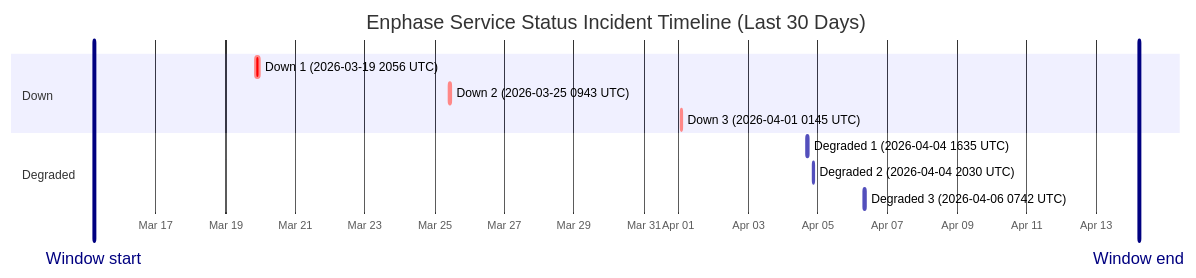
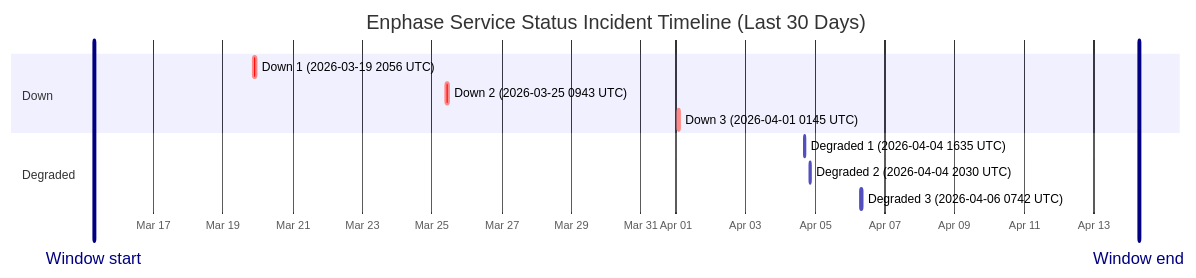
Before and after one commit to barneyonline/ha-enphase-ev-charger: the diagram in wiki/Service-Status-History.md, drawn with Mermaid. The commit also changed other lines of this file and 3 other files, not shown here.

````diff
--- a/wiki/Service-Status-History.md
+++ b/wiki/Service-Status-History.md
@@ -14,16 +14,16 @@
 ```mermaid
 gantt
     title Enphase Service Status Incident Timeline (Last 30 Days)
     dateFormat  YYYY-MM-DDTHH:mm:ss
     axisFormat  %b %d
-    Window start :vert, window-start, 2026-03-15T05:11:04, 0ms
-    Window end :vert, window-end, 2026-04-14T05:11:04, 0ms
+    Window start :vert, window-start, 2026-03-15T07:06:49, 0ms
+    Window end :vert, window-end, 2026-04-14T07:06:49, 0ms
     section Down
     Down 1 (2026-03-19 2056 UTC) :crit, down-1, 2026-03-19T20:56:20, 145m
     Down 2 (2026-03-25 0943 UTC) :crit, down-2, 2026-03-25T09:43:28, 111m
     Down 3 (2026-04-01 0145 UTC) :crit, down-3, 2026-04-01T01:45:09, 60m
     section Degraded
     Degraded 1 (2026-04-04 1635 UTC) :active, degraded-1, 2026-04-04T16:35:17, 60m
     Degraded 2 (2026-04-04 2030 UTC) :active, degraded-2, 2026-04-04T20:30:40, 60m
     Degraded 3 (2026-04-06 0742 UTC) :active, degraded-3, 2026-04-06T07:42:09, 85m
 ```
````
